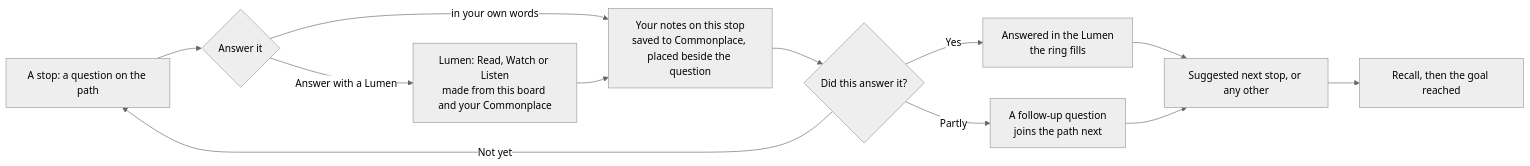
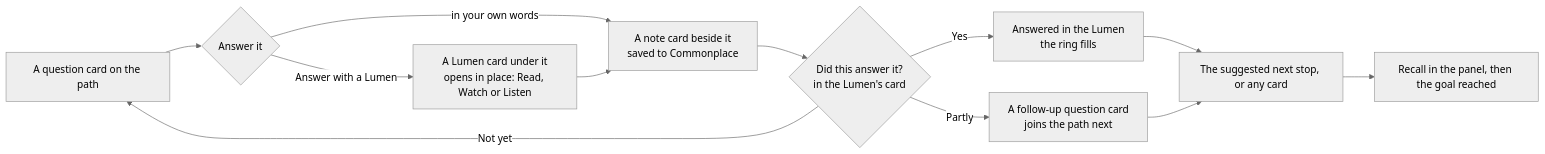
The second of 2 diagrams in docs/superpowers/specs/2026-10-24-boards-design.md (ahmedste/Studiolo_Manage), drawn with Mermaid (neutral theme) before and after one commit. The commit also changed other lines of this file and 7 other files, not shown here.

First line of the commit message:
Boards: learn on the board itself, and place by double-click search or a shelf

````diff
--- a/docs/superpowers/specs/2026-10-24-boards-design.md
+++ b/docs/superpowers/specs/2026-10-24-boards-design.md
@@ -300,14 +302,14 @@
 ```mermaid
 flowchart LR
-  Q["A stop: a question on the path"] --> A{"Answer it"}
-  A -- "Answer with a Lumen" --> L["Lumen: Read, Watch or Listen<br/>made from this board and your Commonplace"]
+  Q["A question card on the path"] --> A{"Answer it"}
+  A -- "Answer with a Lumen" --> L["A Lumen card under it<br/>opens in place: Read, Watch or Listen"]
   A -- "in your own words" --> N
-  L --> N["Your notes on this stop<br/>saved to Commonplace, placed beside the question"]
-  N --> C{"Did this answer it?"}
+  L --> N["A note card beside it<br/>saved to Commonplace"]
+  N --> C{"Did this answer it?<br/>in the Lumen's card"}
   C -- "Yes" --> D["Answered in the Lumen<br/>the ring fills"]
-  C -- "Partly" --> F["A follow-up question<br/>joins the path next"]
+  C -- "Partly" --> F["A follow-up question card<br/>joins the path next"]
   C -- "Not yet" --> Q
-  D --> X["Suggested next stop, or any other"]
+  D --> X["The suggested next stop, or any card"]
   F --> X
-  X --> R["Recall, then the goal reached"]
+  X --> R["Recall in the panel, then the goal reached"]
 ```
````
